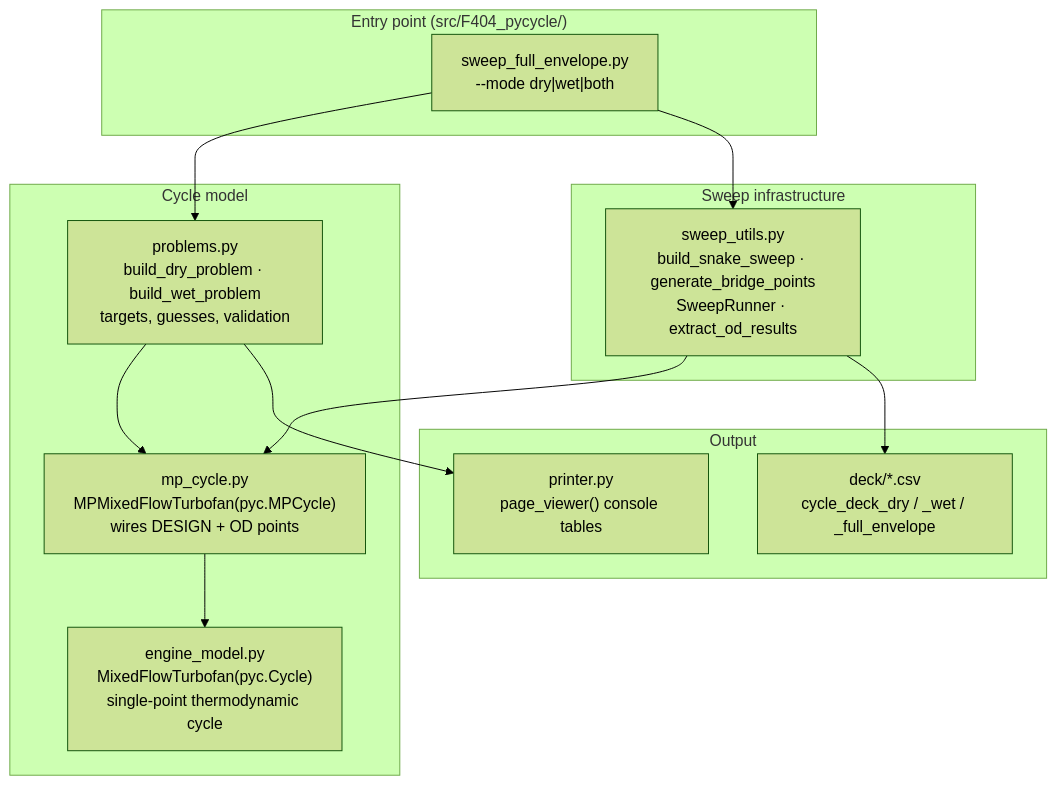
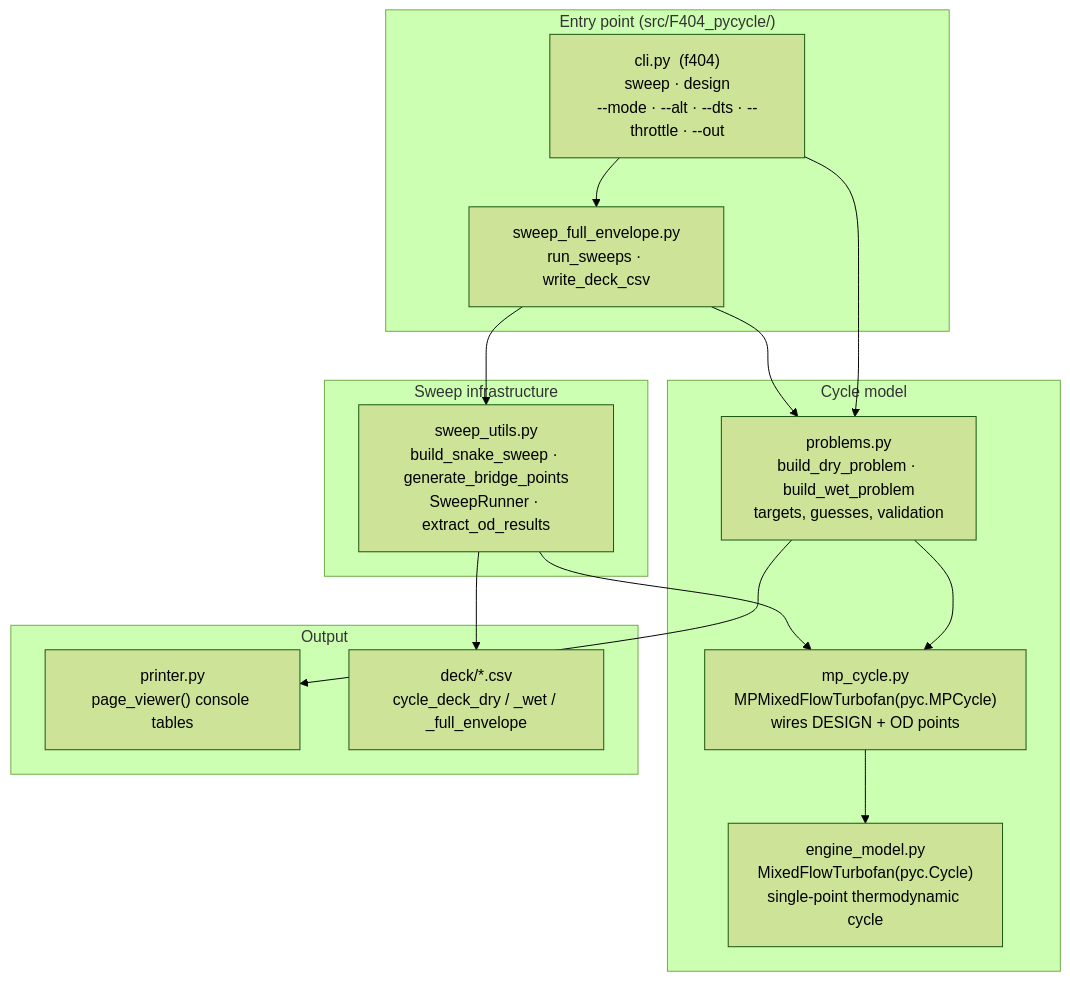
One commit to Jhawk414/F404 changed the diagram in README.md. Above: the diagram before and after it, drawn with Mermaid (forest theme). The commit also changed other lines of this file, not shown here.

First line of the commit message:
docs: document the f404 CLI, and refresh test counts and coverage

````diff
--- a/README.md
+++ b/README.md
@@ -75,29 +76,32 @@
 ```mermaid
 flowchart TD
     subgraph Drivers["Entry point (src/F404_pycycle/)"]
-        A["sweep_full_envelope.py<br/>--mode dry|wet|both"]
+        CLI["cli.py  (f404)<br/>sweep · design<br/>--mode · --alt · --dts · --throttle · --out"]
+        A["sweep_full_envelope.py<br/>run_sweeps · write_deck_csv"]
     end
 
     subgraph Model["Cycle model"]
         B["problems.py<br/>build_dry_problem · build_wet_problem<br/>targets, guesses, validation"]
         C["mp_cycle.py<br/>MPMixedFlowTurbofan(pyc.MPCycle)<br/>wires DESIGN + OD points"]
         D["engine_model.py<br/>MixedFlowTurbofan(pyc.Cycle)<br/>single-point thermodynamic cycle"]
     end
 
     subgraph Sweep["Sweep infrastructure"]
         E["sweep_utils.py<br/>build_snake_sweep · generate_bridge_points<br/>SweepRunner · extract_od_results"]
     end
 
     subgraph Output["Output"]
         F["printer.py<br/>page_viewer() console tables"]
         G["deck/*.csv<br/>cycle_deck_dry / _wet / _full_envelope"]
     end
 
+    CLI --> A
+    CLI --> B
     A --> B
     B --> C
     C --> D
     B --> F
     A --> E
     E --> C
     E --> G
 ```
````
